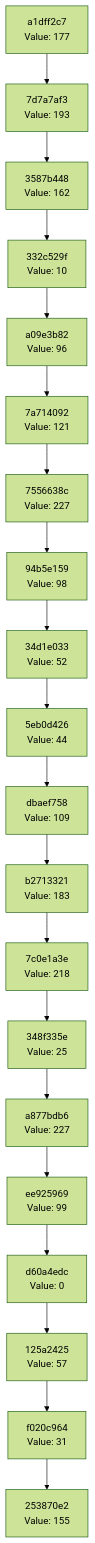
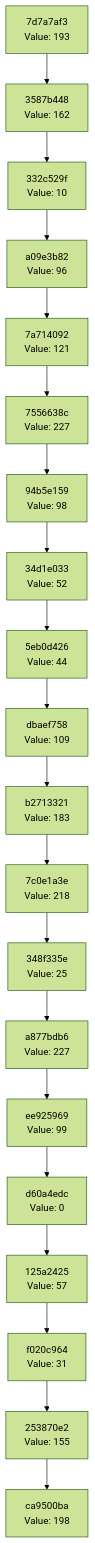
Before and after one commit to Abhisheksinha1506/hash-chain-evolver: the diagram in docs/CHAIN_VISUALIZATION.md, drawn with Mermaid (forest theme). The commit also changed 3 other files, not shown here.

````diff
--- a/docs/CHAIN_VISUALIZATION.md
+++ b/docs/CHAIN_VISUALIZATION.md
@@ -3,42 +3,42 @@
 ```mermaid
 graph TD
-    C0["253870e2<br/>Value: 155"]
-    C1["f020c964<br/>Value: 31"]
+    C0["ca9500ba<br/>Value: 198"]
+    C1["253870e2<br/>Value: 155"]
     C1 --> C0
-    C2["125a2425<br/>Value: 57"]
+    C2["f020c964<br/>Value: 31"]
     C2 --> C1
-    C3["d60a4edc<br/>Value: 0"]
+    C3["125a2425<br/>Value: 57"]
     C3 --> C2
-    C4["ee925969<br/>Value: 99"]
+    C4["d60a4edc<br/>Value: 0"]
     C4 --> C3
-    C5["a877bdb6<br/>Value: 227"]
+    C5["ee925969<br/>Value: 99"]
     C5 --> C4
-    C6["348f335e<br/>Value: 25"]
+    C6["a877bdb6<br/>Value: 227"]
     C6 --> C5
-    C7["7c0e1a3e<br/>Value: 218"]
+    C7["348f335e<br/>Value: 25"]
     C7 --> C6
-    C8["b2713321<br/>Value: 183"]
+    C8["7c0e1a3e<br/>Value: 218"]
     C8 --> C7
-    C9["dbaef758<br/>Value: 109"]
+    C9["b2713321<br/>Value: 183"]
     C9 --> C8
-    C10["5eb0d426<br/>Value: 44"]
+    C10["dbaef758<br/>Value: 109"]
     C10 --> C9
-    C11["34d1e033<br/>Value: 52"]
+    C11["5eb0d426<br/>Value: 44"]
     C11 --> C10
-    C12["94b5e159<br/>Value: 98"]
+    C12["34d1e033<br/>Value: 52"]
     C12 --> C11
-    C13["7556638c<br/>Value: 227"]
+    C13["94b5e159<br/>Value: 98"]
     C13 --> C12
-    C14["7a714092<br/>Value: 121"]
+    C14["7556638c<br/>Value: 227"]
     C14 --> C13
-    C15["a09e3b82<br/>Value: 96"]
+    C15["7a714092<br/>Value: 121"]
     C15 --> C14
-    C16["332c529f<br/>Value: 10"]
+    C16["a09e3b82<br/>Value: 96"]
     C16 --> C15
-    C17["3587b448<br/>Value: 162"]
+    C17["332c529f<br/>Value: 10"]
     C17 --> C16
-    C18["7d7a7af3<br/>Value: 193"]
+    C18["3587b448<br/>Value: 162"]
     C18 --> C17
-    C19["a1dff2c7<br/>Value: 177"]
+    C19["7d7a7af3<br/>Value: 193"]
     C19 --> C18
 ```
````
